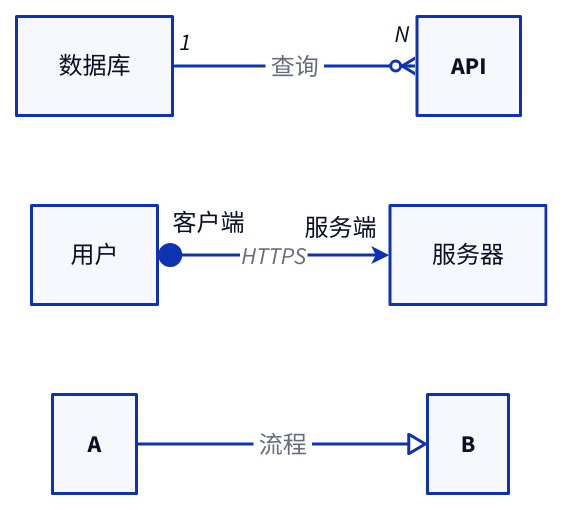
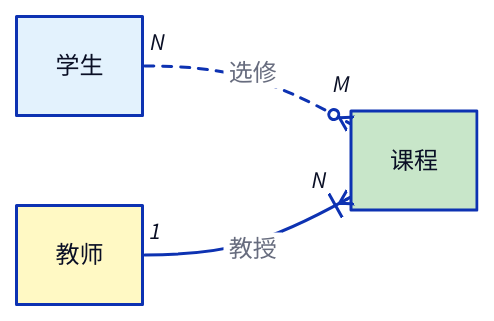
One commit to chyax98/Diagflow changed the seventh of 7 diagrams in src/lib/syntax-md/d2/diagram.md. Above: the diagram before and after it, drawn with D2. The commit also changed other lines of this file and 62 other files, not shown here.

````diff
--- a/src/lib/syntax-md/d2/diagram.md
+++ b/src/lib/syntax-md/d2/diagram.md
@@ -298,31 +531,40 @@
 ```d2
-# 箭头自定义示例
+# 自定义箭头：ER 图关系
 direction: right
 
-数据库 -> API: "查询" {
+学生: {
+  shape: rectangle
+  style.fill: "#e3f2fd"
+}
+
+课程: {
+  shape: rectangle
+  style.fill: "#c8e6c9"
+}
+
+# 多对多关系
+学生 -> 课程: "选修" {
+  source-arrowhead: N {
+    shape: cf-many
+  }
+  target-arrowhead: M {
+    shape: cf-many
+  }
+  style.stroke-dash: 3
+}
+
+教师: {
+  shape: rectangle
+  style.fill: "#fff9c4"
+}
+
+# 一对多关系
+教师 -> 课程: "教授" {
   source-arrowhead: 1 {
-    shape: diamond
-    style.filled: true
+    shape: cf-one-required
   }
   target-arrowhead: N {
-    shape: cf-many
-  }
-}
-
-用户 <-> 服务器: "HTTPS" {
-  source-arrowhead: 客户端 {
-    shape: circle
-    style.filled: true
-  }
-  target-arrowhead: 服务端 {
-    shape: arrow
-  }
-}
-
-A -> B: "流程" {
-  target-arrowhead: {
-    shape: triangle
-    style.filled: false
+    shape: cf-many-required
   }
 }
 ```
````
